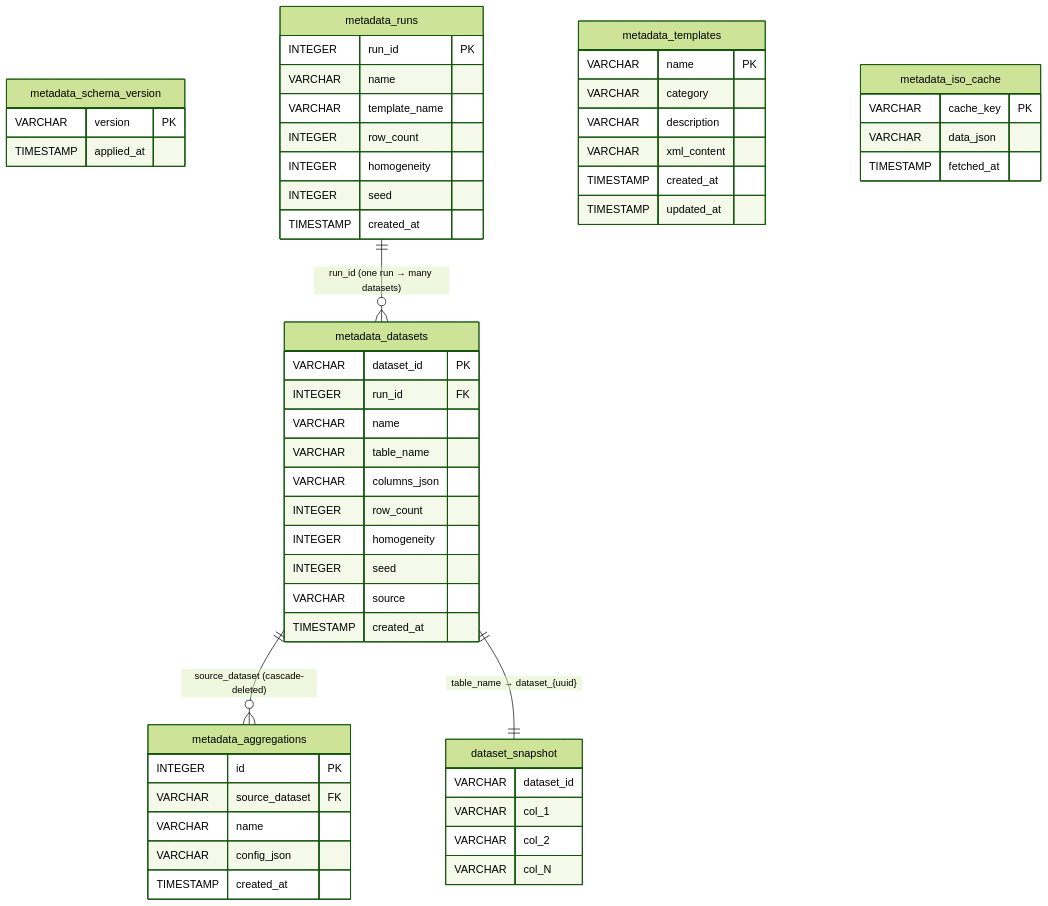
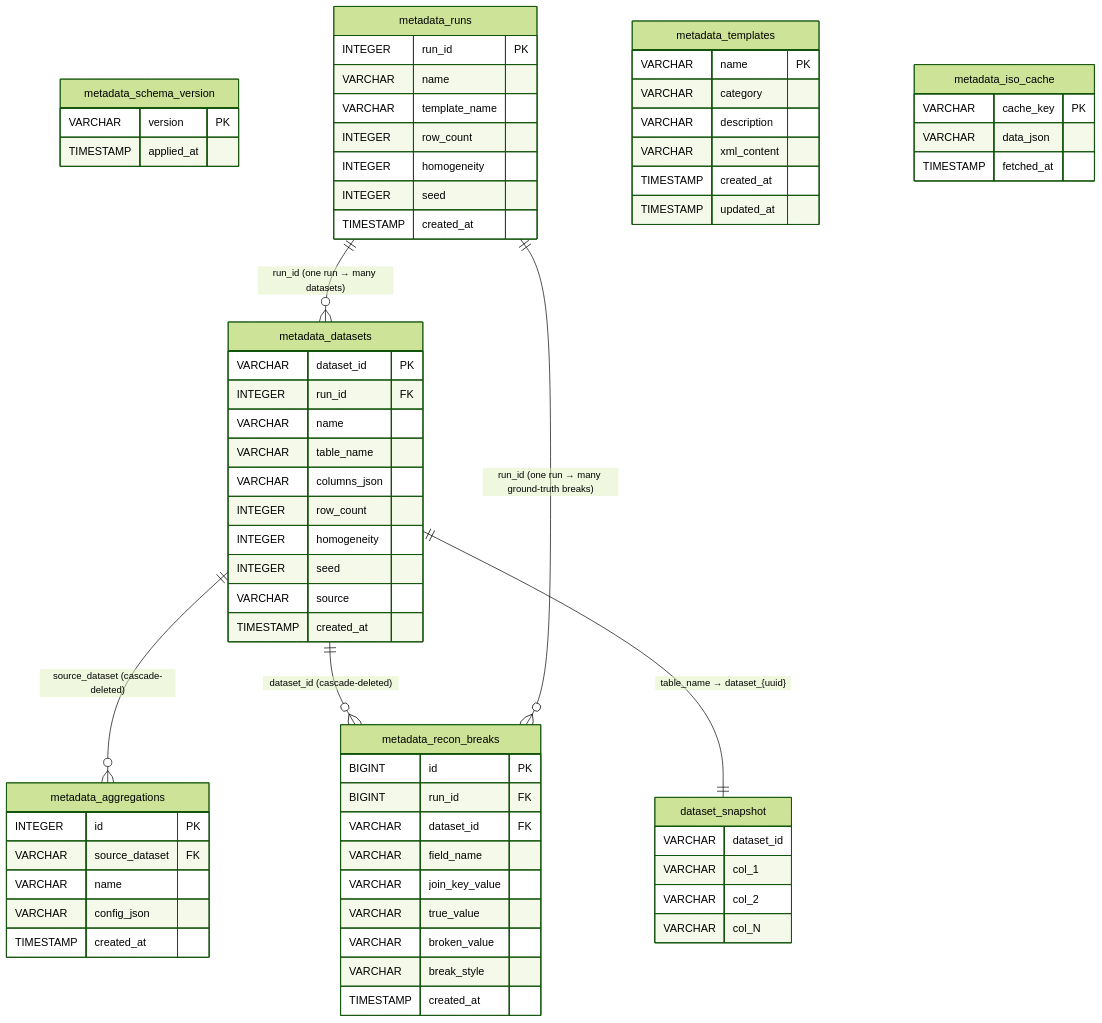
The sixth of 6 diagrams in ARCHITECTURE.md (PatrickBateman-cmd/faker-app), drawn with Mermaid (forest theme) before and after one commit. The commit also changed other lines of this file and 11 other files, not shown here.

````diff
--- a/ARCHITECTURE.md
+++ b/ARCHITECTURE.md
@@ -232,64 +232,78 @@
 ```mermaid
 erDiagram
     metadata_schema_version {
         VARCHAR version PK
         TIMESTAMP applied_at
     }
 
     metadata_runs {
         INTEGER run_id PK
         VARCHAR name
         VARCHAR template_name
         INTEGER row_count
         INTEGER homogeneity
         INTEGER seed
         TIMESTAMP created_at
     }
 
     metadata_datasets {
         VARCHAR dataset_id PK
         INTEGER run_id FK
         VARCHAR name
         VARCHAR table_name
         VARCHAR columns_json
         INTEGER row_count
         INTEGER homogeneity
         INTEGER seed
         VARCHAR source
         TIMESTAMP created_at
     }
 
     metadata_aggregations {
         INTEGER id PK
         VARCHAR source_dataset FK
         VARCHAR name
         VARCHAR config_json
         TIMESTAMP created_at
     }
 
     metadata_templates {
         VARCHAR name PK
         VARCHAR category
         VARCHAR description
         VARCHAR xml_content
         TIMESTAMP created_at
         TIMESTAMP updated_at
     }
 
     metadata_iso_cache {
         VARCHAR cache_key PK
         VARCHAR data_json
         TIMESTAMP fetched_at
     }
 
+    metadata_recon_breaks {
+        BIGINT id PK
+        BIGINT run_id FK
+        VARCHAR dataset_id FK
+        VARCHAR field_name
+        VARCHAR join_key_value
+        VARCHAR true_value
+        VARCHAR broken_value
+        VARCHAR break_style
+        TIMESTAMP created_at
+    }
+
     dataset_snapshot {
         VARCHAR dataset_id
         VARCHAR col_1
         VARCHAR col_2
         VARCHAR col_N
     }
 
     metadata_runs        ||--o{ metadata_datasets     : "run_id (one run → many datasets)"
     metadata_datasets    ||--o{ metadata_aggregations  : "source_dataset (cascade-deleted)"
+    metadata_datasets    ||--o{ metadata_recon_breaks  : "dataset_id (cascade-deleted)"
+    metadata_runs        ||--o{ metadata_recon_breaks  : "run_id (one run → many ground-truth breaks)"
     metadata_datasets    ||--||  dataset_snapshot       : "table_name → dataset_{uuid}"
 ```
````
